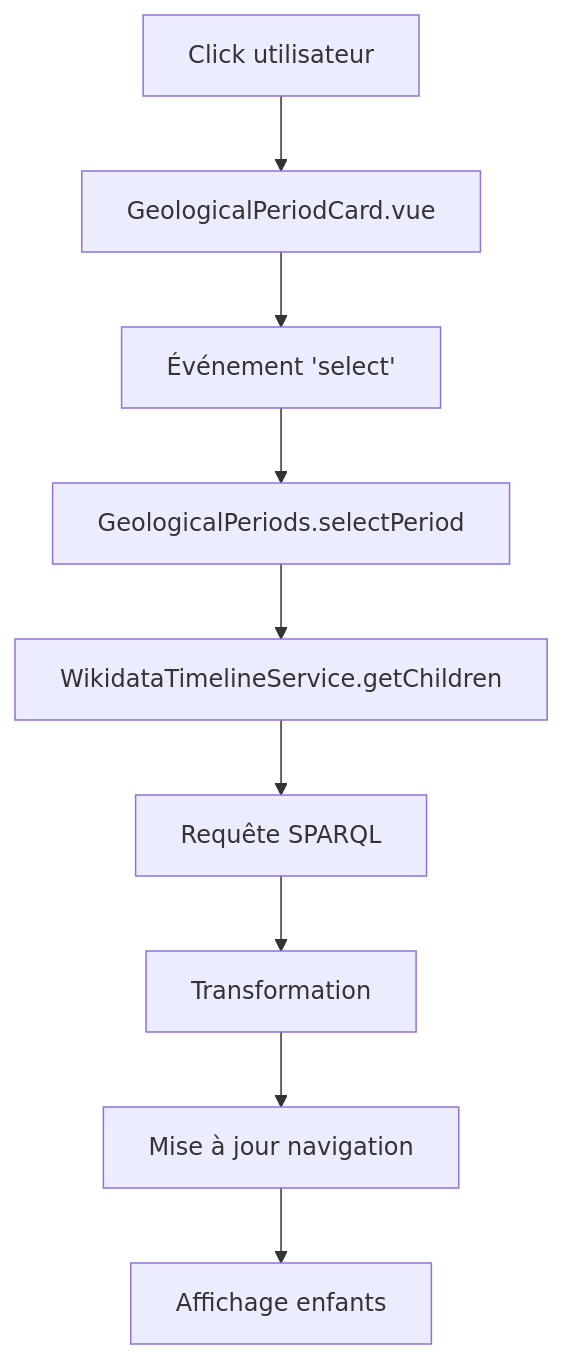
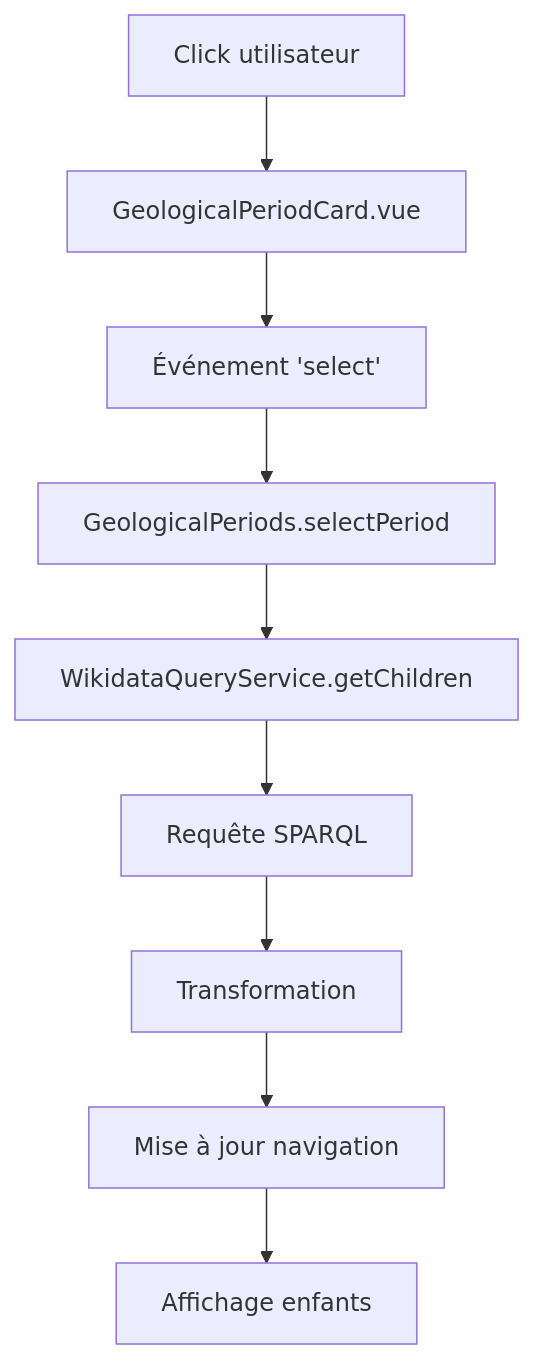
One commit to flobutbut/UniversalTimeline changed the second of 6 diagrams in Documentation-flux-donnees.md. Above: the diagram before and after it, drawn with Mermaid. The commit also changed other lines of this file and 729 other files, not shown here.

````diff
--- a/Documentation-flux-donnees.md
+++ b/Documentation-flux-donnees.md
@@ -32,11 +32,11 @@
 ```mermaid
 graph TD
     A[Click utilisateur] --> B[GeologicalPeriodCard.vue]
     B --> C[Événement 'select']
     C --> D[GeologicalPeriods.selectPeriod]
-    D --> E[WikidataTimelineService.getChildren]
+    D --> E[WikidataQueryService.getChildren]
     E --> F[Requête SPARQL]
     F --> G[Transformation]
     G --> H[Mise à jour navigation]
     H --> I[Affichage enfants]
 ```
````
